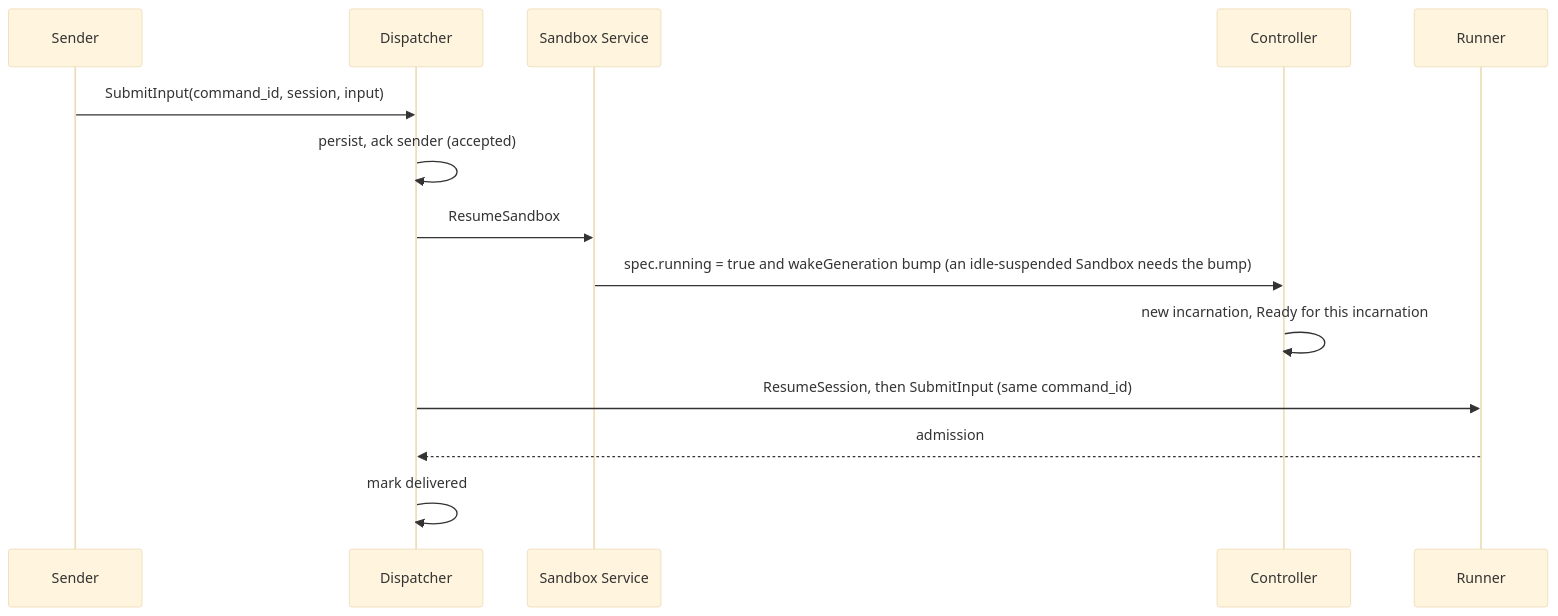
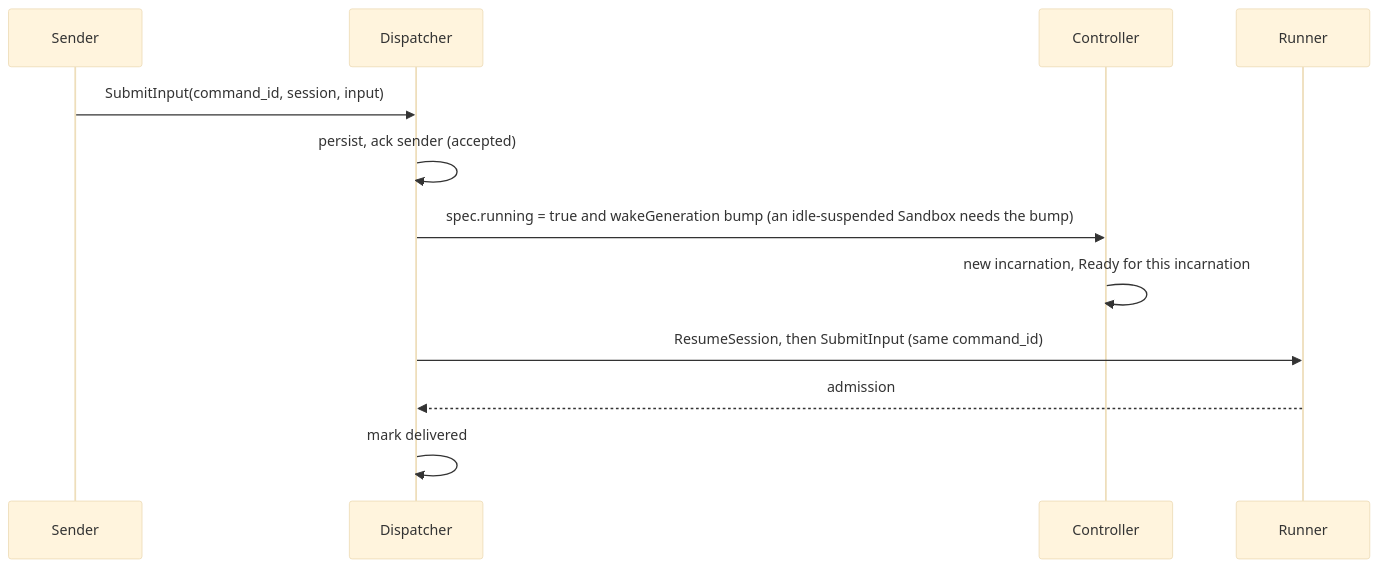
The fifth of 5 diagrams in agentplane/docs/adr_sandbox_session_control.md (agentydragon/ducktape), drawn with Mermaid (base theme) before and after one commit. The commit also changed other lines of this file, not shown here.

First line of the commit message:
ADR: the Sandbox Service goes away; the app and the Dispatcher write desired state through a shared helper

````diff
--- a/agentplane/docs/adr_sandbox_session_control.md
+++ b/agentplane/docs/adr_sandbox_session_control.md
@@ -734,16 +744,14 @@
 ```mermaid
 sequenceDiagram
     participant S as Sender
     participant K as Dispatcher
-    participant SS as Sandbox Service
     participant C as Controller
     participant R as Runner
     S->>K: SubmitInput(command_id, session, input)
     K->>K: persist, ack sender (accepted)
-    K->>SS: ResumeSandbox
-    SS->>C: spec.running = true and wakeGeneration bump (an idle-suspended Sandbox needs the bump)
+    K->>C: spec.running = true and wakeGeneration bump (an idle-suspended Sandbox needs the bump)
     C->>C: new incarnation, Ready for this incarnation
     K->>R: ResumeSession, then SubmitInput (same command_id)
     R-->>K: admission
     K->>K: mark delivered
 ```
````
